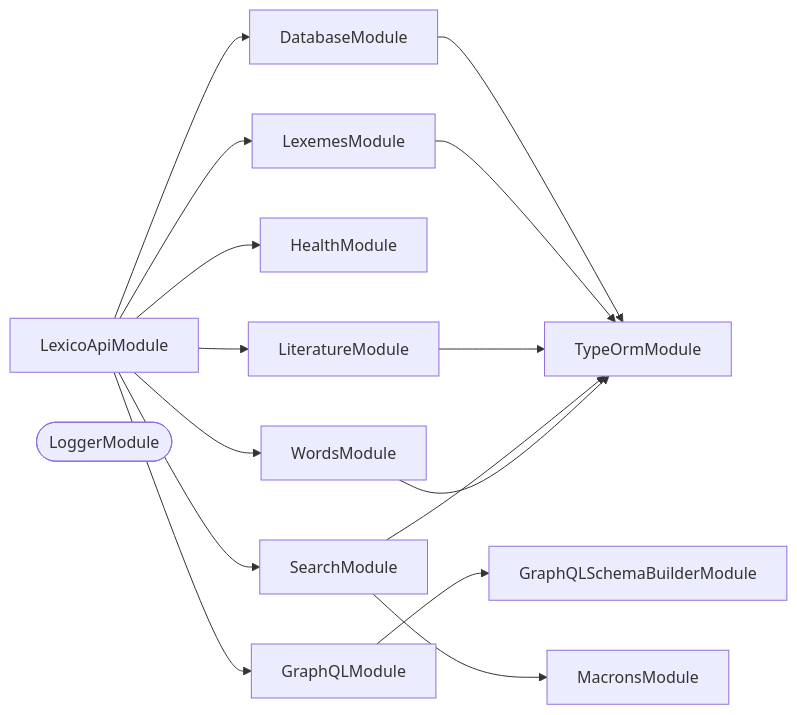
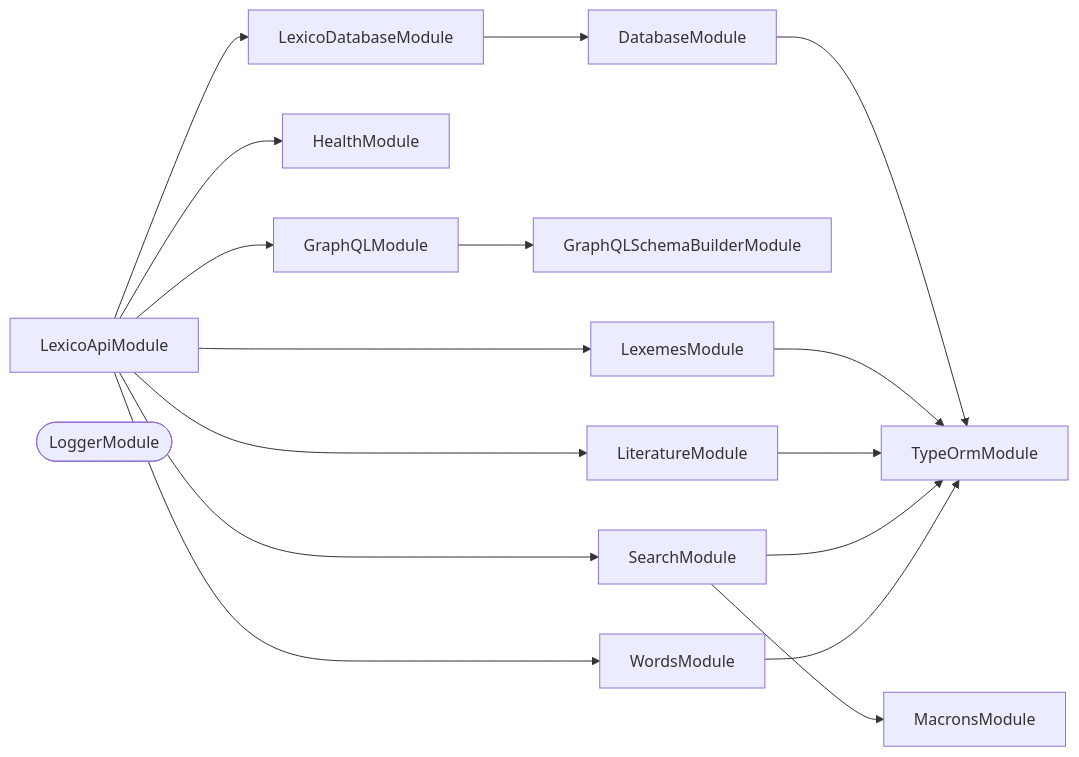
Before and after one commit to Organizzolini/codebase: the third of 3 diagrams in applications/lexico-api/README.md, drawn with Mermaid. The commit also changed other lines of this file and 15 other files, not shown here.

Commit message:
refactor(lexico,lexico-ingestion): ♻️ read postgres settings from the shared environment schema

````diff
--- a/applications/lexico-api/README.md
+++ b/applications/lexico-api/README.md
@@ -316,29 +320,31 @@
 ```mermaid
 flowchart LR
   DatabaseModule
   GraphQLModule
   GraphQLSchemaBuilderModule
   HealthModule
   LexemesModule
   LexicoApiModule
+  LexicoDatabaseModule
   LiteratureModule
   LoggerModule([LoggerModule])
   MacronsModule
   SearchModule
   TypeOrmModule
   WordsModule
   DatabaseModule --> TypeOrmModule
   GraphQLModule --> GraphQLSchemaBuilderModule
   LexemesModule --> TypeOrmModule
-  LexicoApiModule --> DatabaseModule
   LexicoApiModule --> GraphQLModule
   LexicoApiModule --> HealthModule
   LexicoApiModule --> LexemesModule
+  LexicoApiModule --> LexicoDatabaseModule
   LexicoApiModule --> LiteratureModule
   LexicoApiModule --> SearchModule
   LexicoApiModule --> WordsModule
+  LexicoDatabaseModule --> DatabaseModule
   LiteratureModule --> TypeOrmModule
   SearchModule --> MacronsModule
   SearchModule --> TypeOrmModule
   WordsModule --> TypeOrmModule
 ```
````
